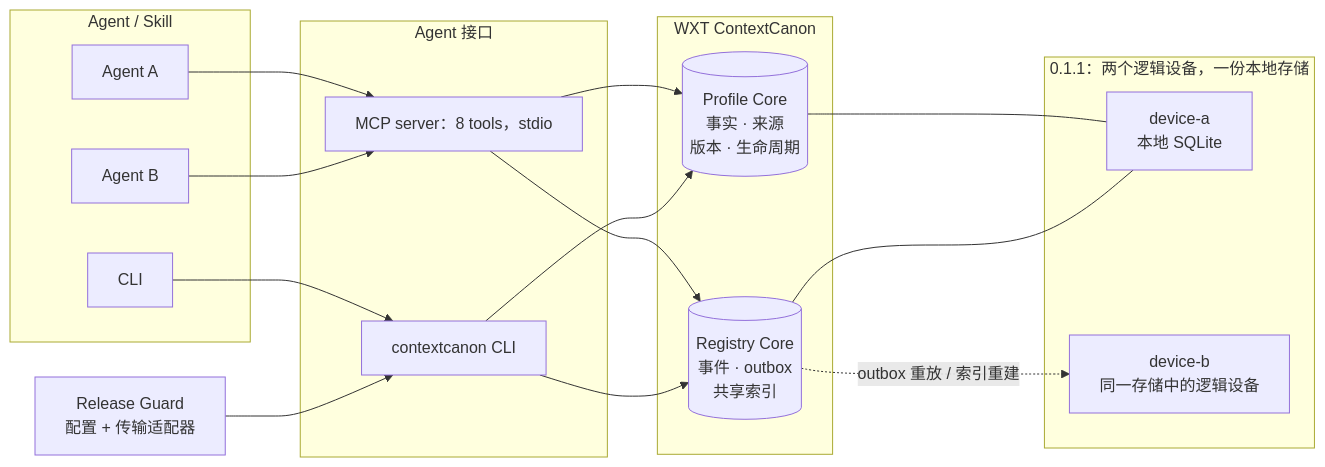
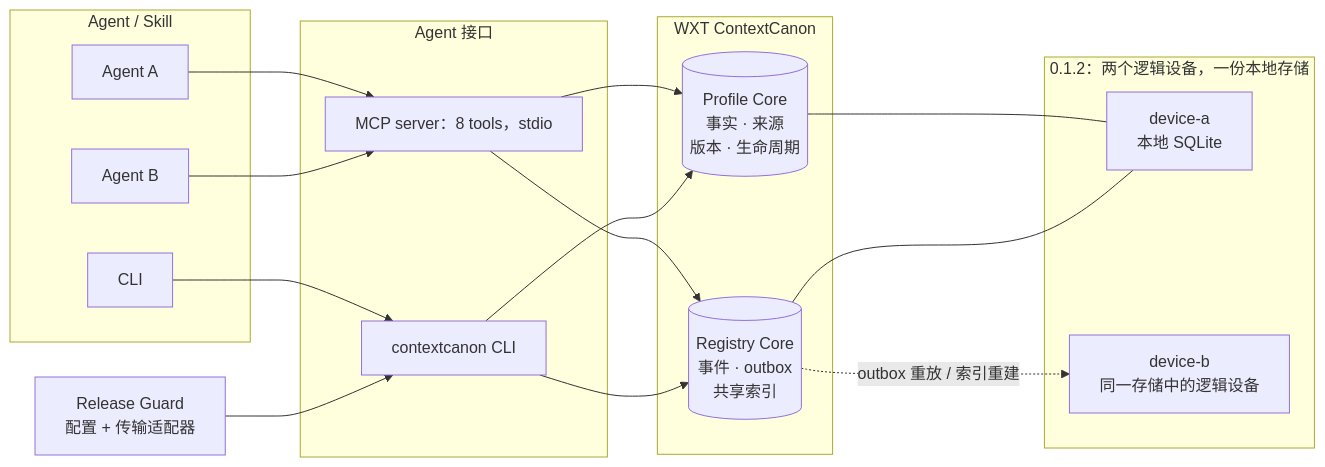
One commit to markingtang/wxt-contextcanon changed the diagram in README.zh-CN.md. Above: the diagram before and after it, drawn with Mermaid. The commit also changed other lines of this file and 29 other files, not shown here.

````diff
--- a/README.zh-CN.md
+++ b/README.zh-CN.md
@@ -66,31 +66,31 @@
 ```mermaid
 flowchart LR
     subgraph Agents["Agent / Skill"]
         A1["Agent A"]
         A2["Agent B"]
         A3["CLI"]
     end
     subgraph Interface["Agent 接口"]
         MCP["MCP server：8 tools，stdio"]
         CLI["contextcanon CLI"]
     end
     subgraph Core["WXT ContextCanon"]
         P[("Profile Core<br/>事实 · 来源<br/>版本 · 生命周期")]
         R[("Registry Core<br/>事件 · outbox<br/>共享索引")]
     end
-    subgraph Devices["0.1.1：两个逻辑设备，一份本地存储"]
+    subgraph Devices["0.1.2：两个逻辑设备，一份本地存储"]
         D1["device-a<br/>本地 SQLite"]
         D2["device-b<br/>同一存储中的逻辑设备"]
     end
     A1 --> MCP
     A2 --> MCP
     A3 --> CLI
     MCP --> P
     MCP --> R
     CLI --> P
     CLI --> R
     P --- D1
     R --- D1
     R -. "outbox 重放 / 索引重建" .-> D2
     G["Release Guard<br/>配置 + 传输适配器"] --> CLI
 ```
````
